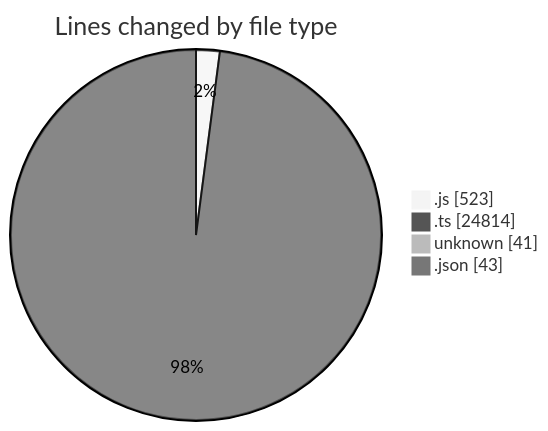
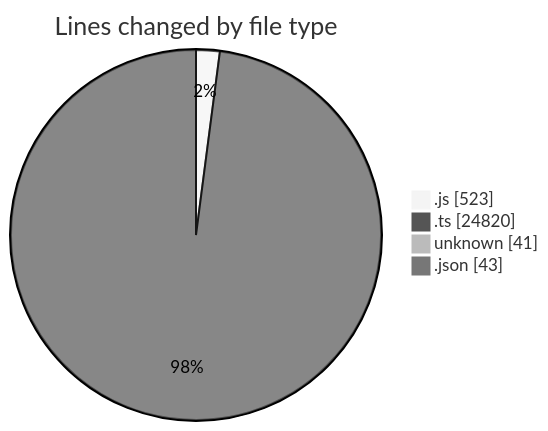
Before and after one commit to momahboobian/code-tracking: the first of 2 diagrams in 2025-08-15/cda/README.md, drawn with Mermaid (neutral theme). The commit also changed other lines of this file and 1 other file, not shown here.

````diff
--- a/2025-08-15/cda/README.md
+++ b/2025-08-15/cda/README.md
@@ -31,8 +31,8 @@
 ```mermaid
 pie showData
 title Lines changed by file type
 ".js" : 523
-".ts" : 24814
+".ts" : 24820
 "unknown" : 41
 ".json" : 43
 ```
````
